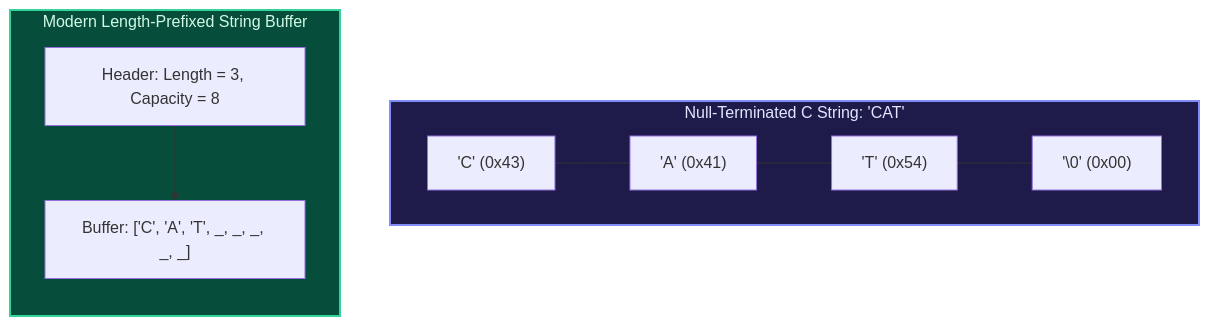
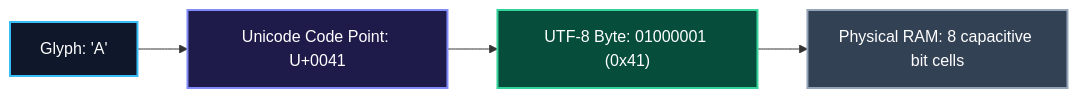
Before and after one commit to 1345AbhishekKumar/cs-cookbook: the fifth of 14 diagrams in content/docs/dsa/01-foundations-and-linear-structures/03-strings-and-string-manipulation.mdx, drawn with Mermaid. The commit also changed other lines of this file and 211 other files, not shown here.

`````diff
--- a/content/docs/dsa/01-foundations-and-linear-structures/03-strings-and-string-manipulation.mdx
+++ b/content/docs/dsa/01-foundations-and-linear-structures/03-strings-and-string-manipulation.mdx
@@ -23,16 +288,11 @@
 ```mermaid
-flowchart TD
-    subgraph CString["Null-Terminated C String: 'CAT'"]
-        C0["'C' (0x43)"] --- C1["'A' (0x41)"] --- C2["'T' (0x54)"] --- C3["'\0' (0x00)"]
-    end
+flowchart LR
+    Char["Glyph: 'A'"] --> Unicode["Unicode Code Point: U+0041"]
+    Unicode --> UTF8["UTF-8 Byte: 01000001 (0x41)"]
+    UTF8 --> RAM["Physical RAM: 8 capacitive bit cells"]
 
-    subgraph ModernString["Modern Length-Prefixed String Buffer"]
-        direction TB
-        Meta["Header: Length = 3, Capacity = 8"]
-        Buf["Buffer: ['C', 'A', 'T', _, _, _, _, _]"]
-        Meta --> Buf
-    end
-
-    style CString fill:#1e1b4b,stroke:#818cf8,stroke-width:2px,color:#e0e7ff
-    style ModernString fill:#064e3b,stroke:#34d399,stroke-width:2px,color:#d1fae5
-```
+    style Char fill:#0f172a,stroke:#38bdf8,stroke-width:2px,color:#fff
+    style Unicode fill:#1e1b4b,stroke:#818cf8,stroke-width:2px,color:#fff
+    style UTF8 fill:#064e3b,stroke:#34d399,stroke-width:2px,color:#fff
+    style RAM fill:#334155,stroke:#94a3b8,stroke-width:2px,color:#fff
+````
`````
